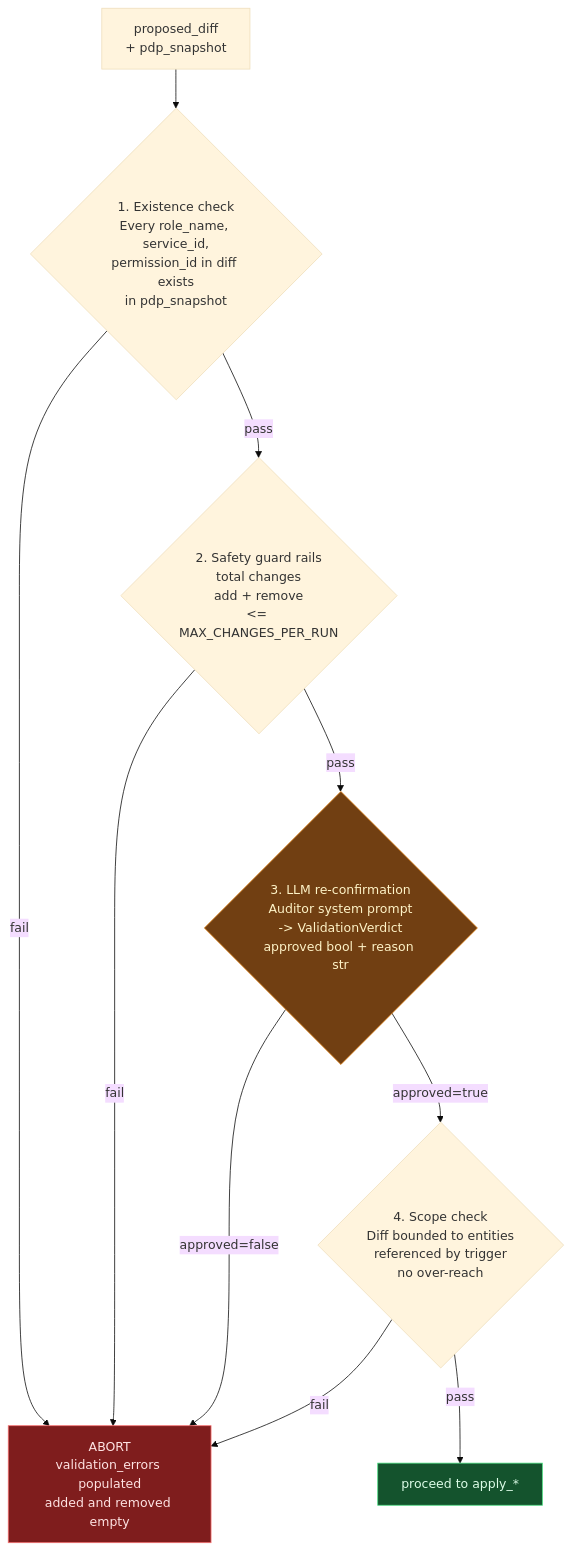
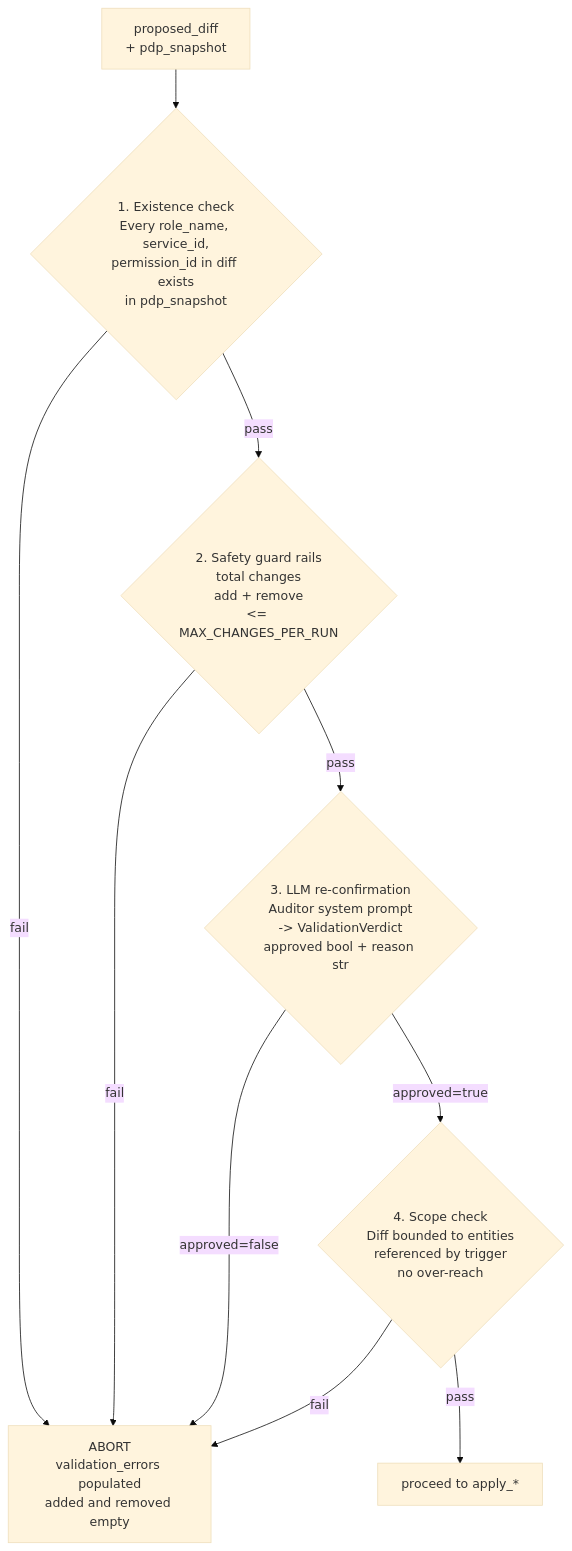
One commit to rossoctl/aiac changed the third of 3 diagrams in inception/requirements/components/aiac-agent.md. Above: the diagram before and after it, drawn with Mermaid (base theme). The commit also changed 3 other files, not shown here.

First line of the commit message:
docs: Remove mermaid element styles from aiac-agent requirement docs

````diff
--- a/inception/requirements/components/aiac-agent.md
+++ b/inception/requirements/components/aiac-agent.md
@@ -249,24 +249,20 @@
 ```mermaid
 flowchart TD
     IN["proposed_diff\n+ pdp_snapshot"] --> C1
 
     C1{"1. Existence check\nEvery role_name, service_id,\npermission_id in diff exists\nin pdp_snapshot"}
     C1 -->|"fail"| ABORT["ABORT\nvalidation_errors populated\nadded and removed empty"]
     C1 -->|"pass"| C2
 
     C2{"2. Safety guard rails\ntotal changes\nadd + remove\n<= MAX_CHANGES_PER_RUN"}
     C2 -->|"fail"| ABORT
     C2 -->|"pass"| C3
 
     C3{"3. LLM re-confirmation\nAuditor system prompt\n-> ValidationVerdict\napproved bool + reason str"}
     C3 -->|"approved=false"| ABORT
     C3 -->|"approved=true"| C4
 
     C4{"4. Scope check\nDiff bounded to entities\nreferenced by trigger\nno over-reach"}
     C4 -->|"fail"| ABORT
     C4 -->|"pass"| APPLY["proceed to apply_*"]
-
-    style ABORT fill:#7f1d1d,color:#fee2e2,stroke:#f87171
-    style APPLY fill:#14532d,color:#dcfce7,stroke:#4ade80
-    style C3 fill:#713f12,color:#fef3c7,stroke:#d97706
 ```
````
